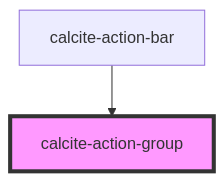
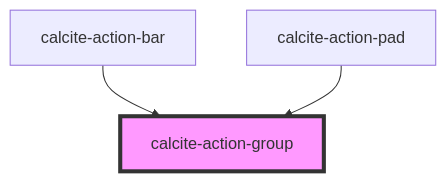
Before and after one commit to Esri/calcite-app-components: the diagram in src/components/calcite-action-group/readme.md, drawn with Mermaid. The commit also changed other lines of this file and 43 other files, not shown here.

````diff
--- a/src/components/calcite-action-group/readme.md
+++ b/src/components/calcite-action-group/readme.md
@@ -15,5 +16,6 @@
 ```mermaid
 graph TD;
   calcite-action-bar --> calcite-action-group
+  calcite-action-pad --> calcite-action-group
   style calcite-action-group fill:#f9f,stroke:#333,stroke-width:4px
 ```
````
